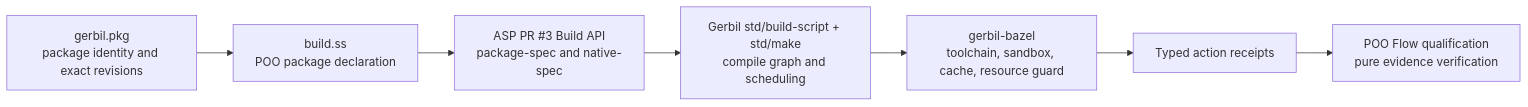
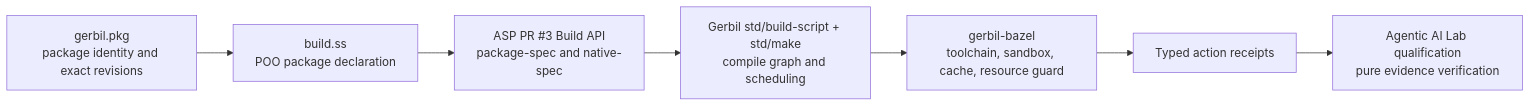
The diagram in module-system/design/147-adaptive-scheme-build-guard/06-landed-architecture.org (tao3k/gebril-yuanxu), drawn with Mermaid before and after one commit. The commit also changed other lines of this file and 507 other files, not shown here.

```diff
--- a/module-system/design/147-adaptive-scheme-build-guard/06-landed-architecture.org
+++ b/module-system/design/147-adaptive-scheme-build-guard/06-landed-architecture.org
@@ -11,12 +11,12 @@
 #+begin_src mermaid
 flowchart LR
     P["gerbil.pkg\npackage identity and exact revisions"]
     B["build.ss\nPOO package declaration"]
     A["ASP PR #3 Build API\npackage-spec and native-spec"]
     S["Gerbil std/build-script + std/make\ncompile graph and scheduling"]
     G["gerbil-bazel\ntoolchain, sandbox, cache, resource guard"]
     E["Typed action receipts"]
-    Q["POO Flow qualification\npure evidence verification"]
+    Q["Agentic AI Lab qualification\npure evidence verification"]
 
     P --> B --> A --> S --> G --> E --> Q
 #+end_src
```
